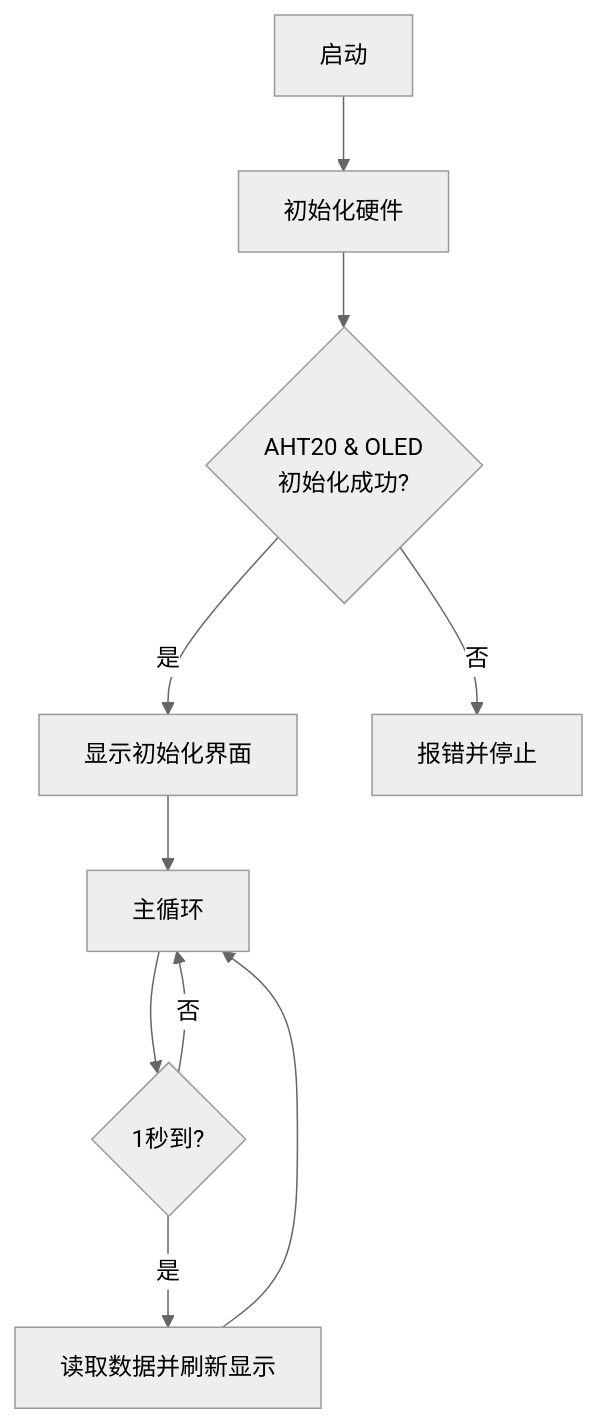
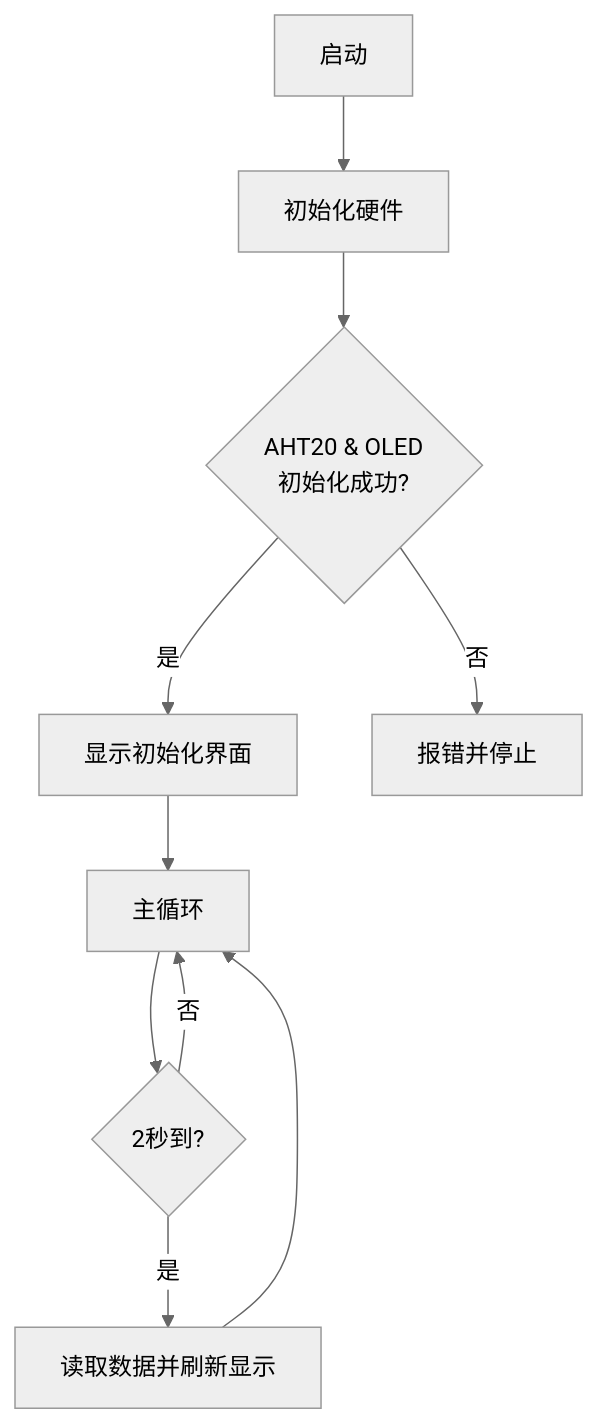
Before and after one commit to keyeswiki/KE3107-ESP32: the diagram in docs/4. Arduino教程/4.3 课程/课程03.md, drawn with Mermaid (neutral theme). The commit also changed other lines of this file and 1255 other files, not shown here.

````diff
--- a/docs/4. Arduino教程/4.3 课程/课程03.md
+++ b/docs/4. Arduino教程/4.3 课程/课程03.md
@@ -395,15 +397,15 @@
 ```mermaid
 %% 简化版温湿度监测系统流程图
 graph TD
     A[启动] --> B[初始化硬件]
 
     B --> C{AHT20 & OLED<br>初始化成功?}
     
     C -->|是| D[显示初始化界面]
     C -->|否| E[报错并停止]
     D --> F[主循环]
-    F --> G{1秒到?}
+    F --> G{2秒到?}
     G -->|是| H[读取数据并刷新显示]
     H --> F
     G -->|否| F
 ```
````
